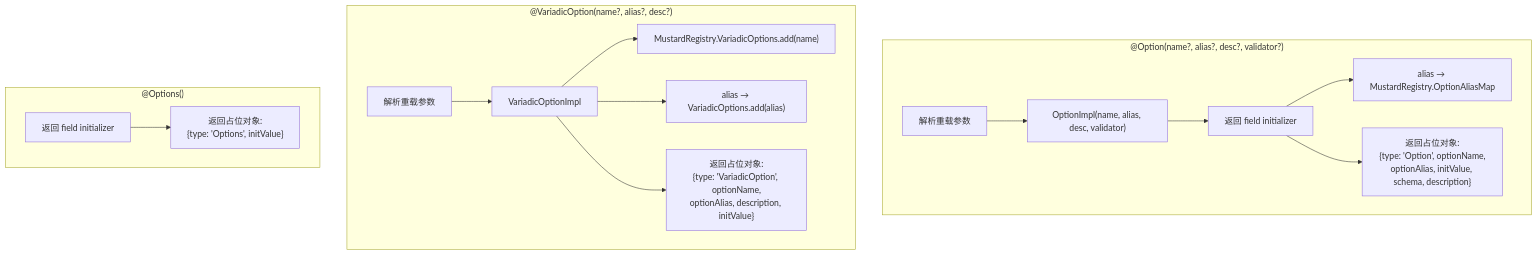
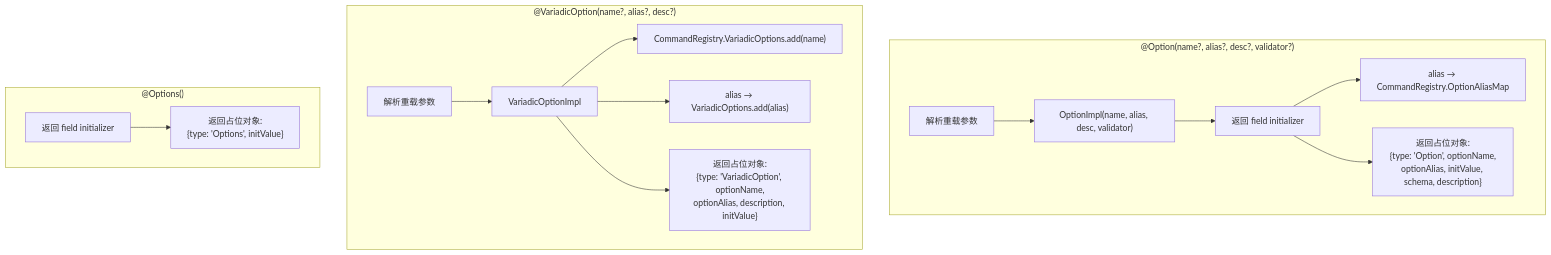
One commit to LinbuduLab/Mustard changed the third of 16 diagrams in packages/sample/workflow.md. Above: the diagram before and after it, drawn with Mermaid. The commit also changed other lines of this file and 76 other files, not shown here.

````diff
--- a/packages/sample/workflow.md
+++ b/packages/sample/workflow.md
@@ -115,34 +115,34 @@
 ```mermaid
 flowchart TB
     subgraph OptionDec["@Option(name?, alias?, desc?, validator?)"]
         O1["解析重载参数"]
         O2["OptionImpl(name, alias, desc, validator)"]
         O3["返回 field initializer"]
-        O4["alias → MustardRegistry.OptionAliasMap"]
+        O4["alias → CommandRegistry.OptionAliasMap"]
         O5["返回占位对象:<br/>{type: 'Option', optionName,<br/>optionAlias, initValue, schema, description}"]
     end
 
     O1 --> O2 --> O3
     O3 --> O4
     O3 --> O5
 
     subgraph VariadicDec["@VariadicOption(name?, alias?, desc?)"]
         V1["解析重载参数"]
         V2["VariadicOptionImpl"]
-        V3["MustardRegistry.VariadicOptions.add(name)"]
+        V3["CommandRegistry.VariadicOptions.add(name)"]
         V4["alias → VariadicOptions.add(alias)"]
         V5["返回占位对象:<br/>{type: 'VariadicOption', optionName,<br/>optionAlias, description, initValue}"]
     end
 
     V1 --> V2
     V2 --> V3
     V2 --> V4
     V2 --> V5
 
     subgraph OptionsDec["@Options()"]
         OS1["返回 field initializer"]
         OS2["返回占位对象:<br/>{type: 'Options', initValue}"]
     end
 
     OS1 --> OS2
 ```
````
